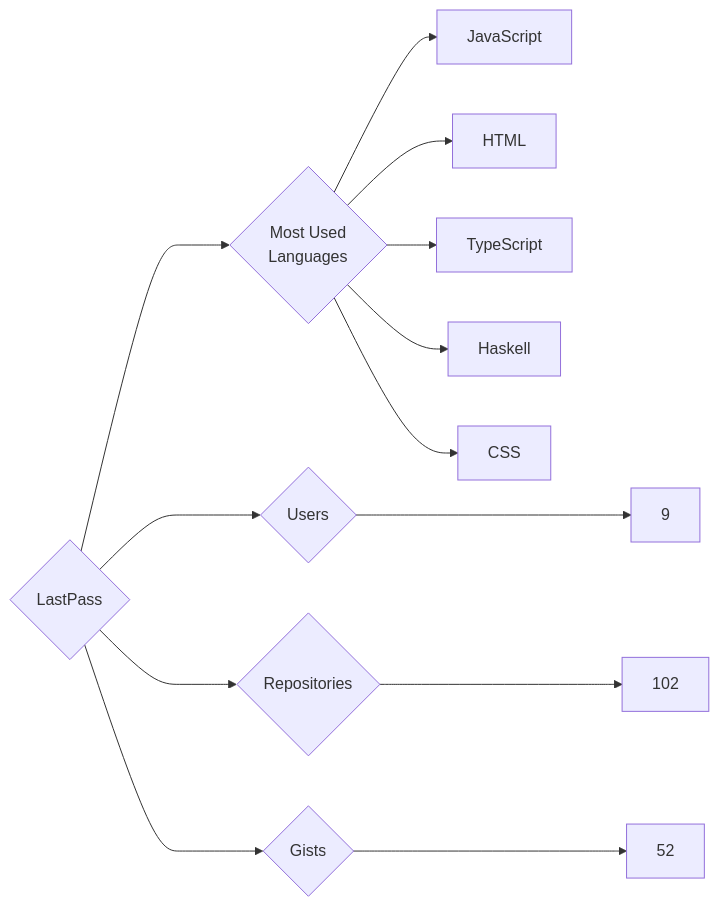
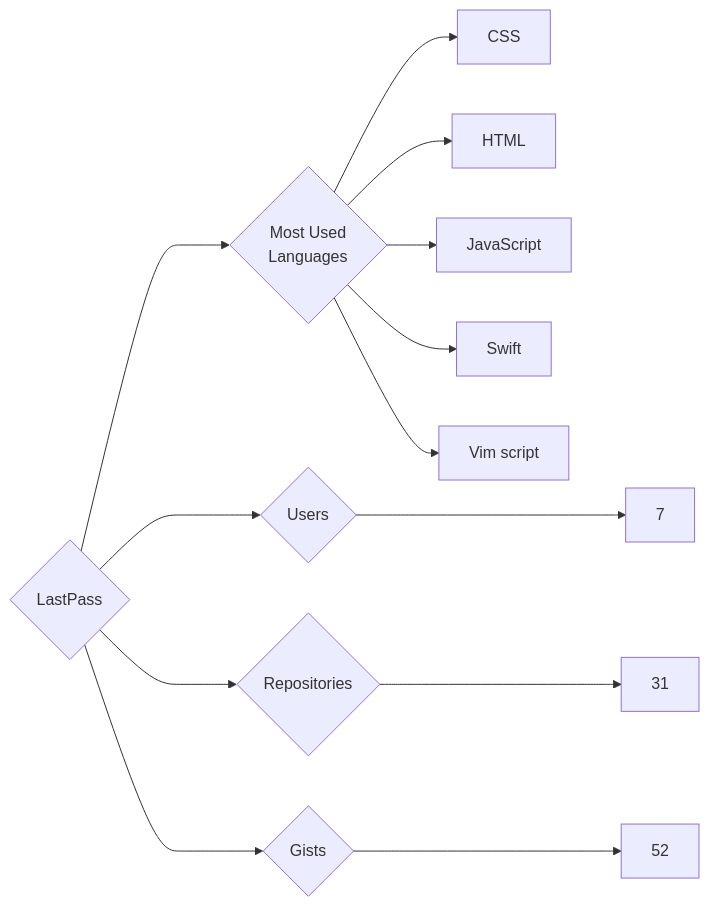
Before and after one commit to trickest/insiders: the diagram in targets/LastPass/README.md, drawn with Mermaid. The commit also changed 823 other files, not shown here.

````diff
--- a/targets/LastPass/README.md
+++ b/targets/LastPass/README.md
@@ -3,13 +3,13 @@
 ```mermaid
 graph LR
 COMPANY_NAME{LastPass}
-COMPANY_NAME ---> U{Users} ---> UN[9]
-COMPANY_NAME ---> R{Repositories} ---> RN[102]
+COMPANY_NAME ---> U{Users} ---> UN[7]
+COMPANY_NAME ---> R{Repositories} ---> RN[31]
 COMPANY_NAME ---> G{Gists} ---> GN[52]
 COMPANY_NAME ---> ML{Most Used<br>Languages}
+ML --> CSS[CSS]
+ML --> HTML[HTML]
 ML --> JavaScript[JavaScript]
-ML --> HTML[HTML]
-ML --> TypeScript[TypeScript]
-ML --> Haskell[Haskell]
-ML --> CSS[CSS]
+ML --> Swift[Swift]
+ML --> Vim_script[Vim script]
 ```
````
